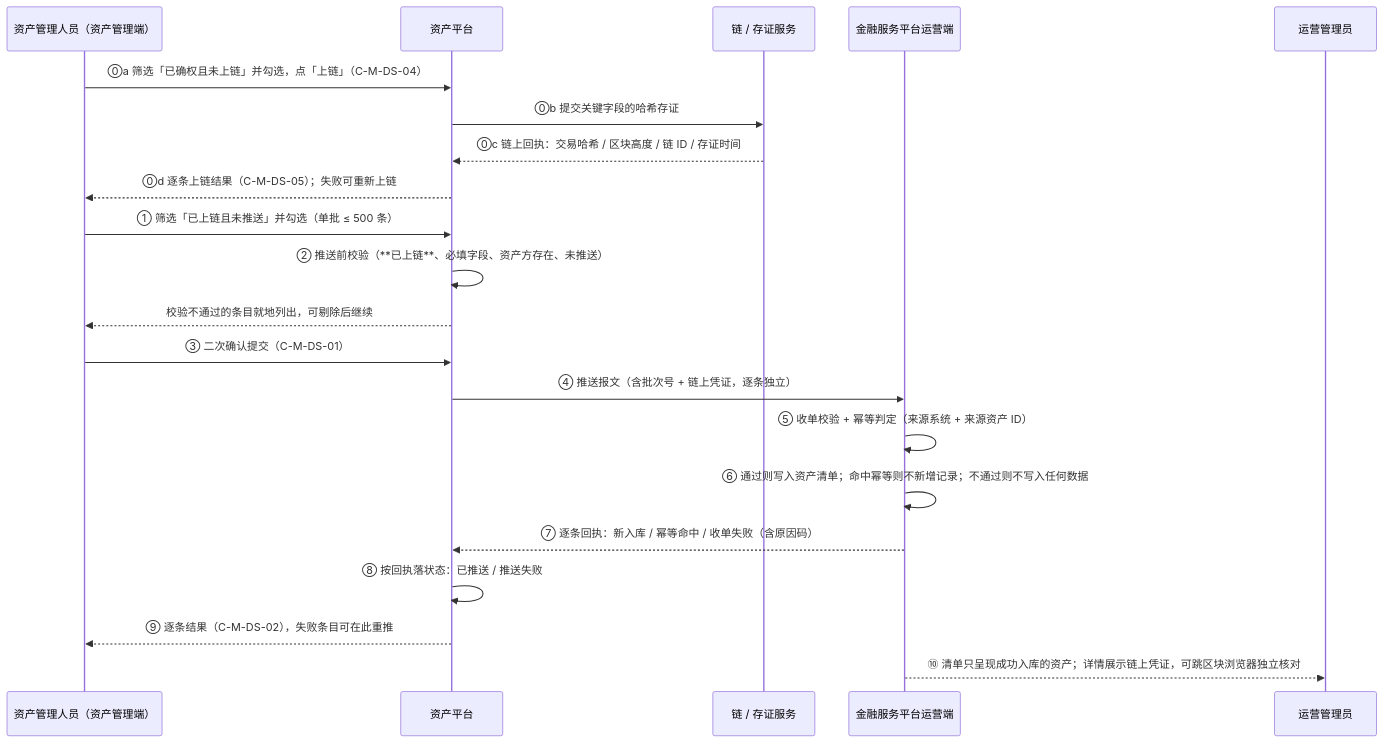
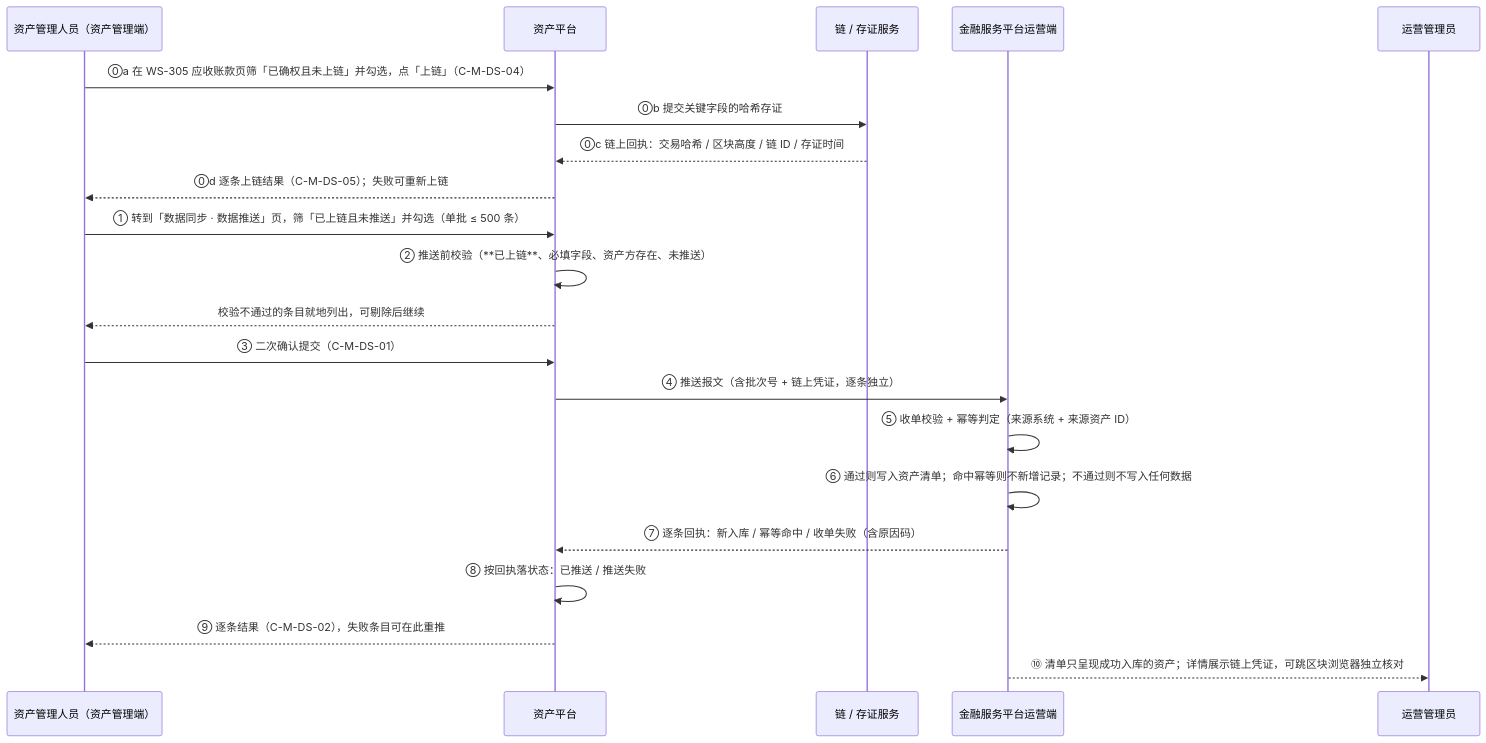
One commit to wxblockchain/Chain-Financing changed the first of 2 diagrams in asset-platform/prd/v1.0-可信数据同步/v1.0-可信数据同步-PRD.md. Above: the diagram before and after it, drawn with Mermaid. The commit also changed other lines of this file and 2 other files, not shown here.

````diff
--- a/asset-platform/prd/v1.0-可信数据同步/v1.0-可信数据同步-PRD.md
+++ b/asset-platform/prd/v1.0-可信数据同步/v1.0-可信数据同步-PRD.md
@@ -216,24 +236,24 @@
 ```mermaid
 sequenceDiagram
     participant AM as 资产管理人员（资产管理端）
     participant AP as 资产平台
     participant CH as 链 / 存证服务
     participant FS as 金融服务平台运营端
     participant OP as 运营管理员
 
-    AM->>AP: ⓪a 筛选「已确权且未上链」并勾选，点「上链」（C-M-DS-04）
+    AM->>AP: ⓪a 在 WS-305 应收账款页筛「已确权且未上链」并勾选，点「上链」（C-M-DS-04）
     AP->>CH: ⓪b 提交关键字段的哈希存证
     CH-->>AP: ⓪c 链上回执：交易哈希 / 区块高度 / 链 ID / 存证时间
     AP-->>AM: ⓪d 逐条上链结果（C-M-DS-05）；失败可重新上链
-    AM->>AP: ① 筛选「已上链且未推送」并勾选（单批 ≤ 500 条）
+    AM->>AP: ① 转到「数据同步 · 数据推送」页，筛「已上链且未推送」并勾选（单批 ≤ 500 条）
     AP->>AP: ② 推送前校验（**已上链**、必填字段、资产方存在、未推送）
     AP-->>AM: 校验不通过的条目就地列出，可剔除后继续
     AM->>AP: ③ 二次确认提交（C-M-DS-01）
     AP->>FS: ④ 推送报文（含批次号 + 链上凭证，逐条独立）
     FS->>FS: ⑤ 收单校验 + 幂等判定（来源系统 + 来源资产 ID）
     FS->>FS: ⑥ 通过则写入资产清单；命中幂等则不新增记录；不通过则不写入任何数据
     FS-->>AP: ⑦ 逐条回执：新入库 / 幂等命中 / 收单失败（含原因码）
     AP->>AP: ⑧ 按回执落状态：已推送 / 推送失败
     AP-->>AM: ⑨ 逐条结果（C-M-DS-02），失败条目可在此重推
     FS-->>OP: ⑩ 清单只呈现成功入库的资产；详情展示链上凭证，可跳区块浏览器独立核对
 ```
````
